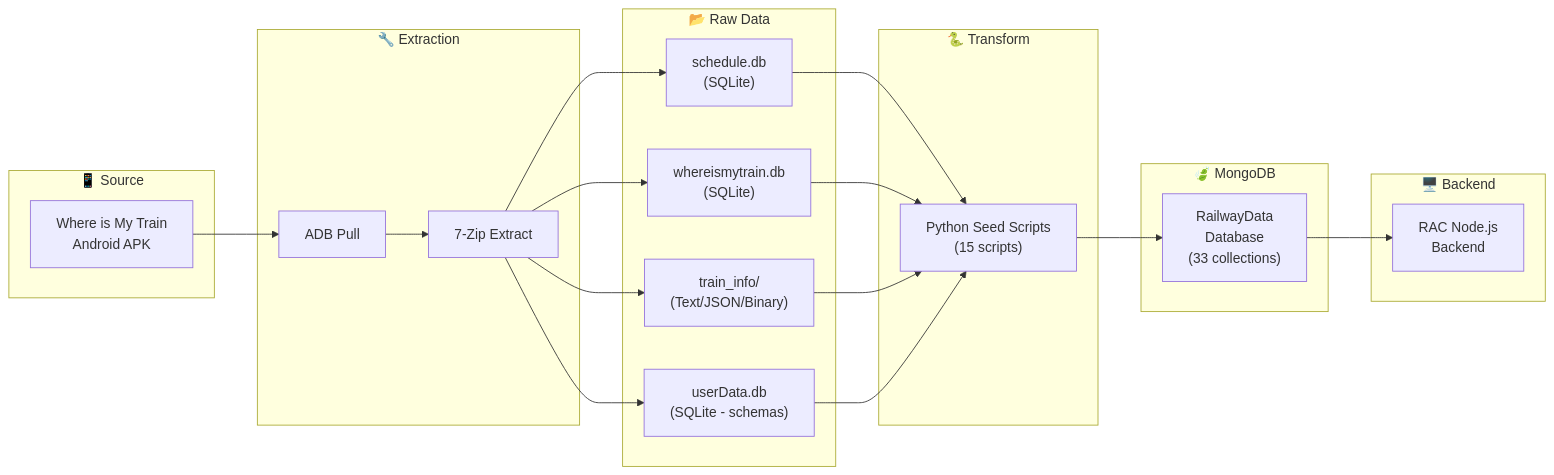
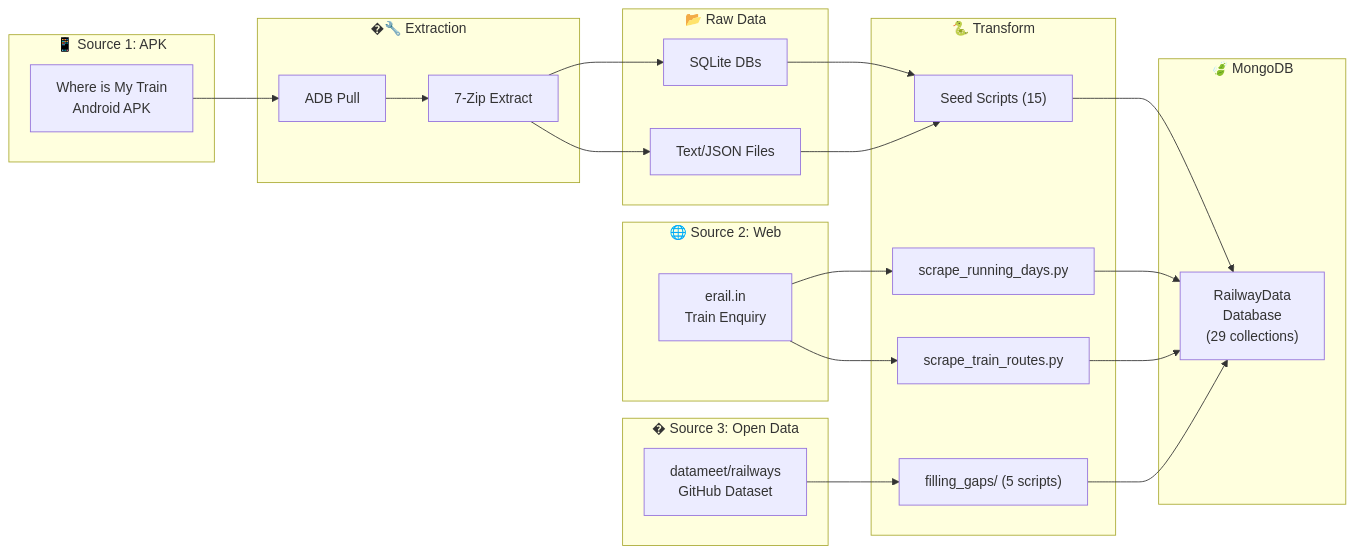
Before and after one commit to Prasanth0544/portals_of_rac: the first of 4 diagrams in data_collection_documentation.md, drawn with Mermaid. The commit also changed other lines of this file and 30 other files, not shown here.

Commit message:
reverse-engineer ladoo binary - decode 10,456 train routes from APK

````diff
--- a/data_collection_documentation.md
+++ b/data_collection_documentation.md
@@ -162,35 +166,45 @@
 ```mermaid
 graph LR
-    subgraph "📱 Source"
+    subgraph "📱 Source 1: APK"
         APK["Where is My Train<br/>Android APK"]
     end
 
-    subgraph "🔧 Extraction"
+    subgraph "🌐 Source 2: Web"
+        ERAIL["erail.in<br/>Train Enquiry"]
+    end
+
+    subgraph "� Source 3: Open Data"
+        DATAMEET["datameet/railways<br/>GitHub Dataset"]
+    end
+
+    subgraph "�🔧 Extraction"
         ADB["ADB Pull"] --> ZIP["7-Zip Extract"]
     end
 
     subgraph "📂 Raw Data"
-        DB1["schedule.db<br/>(SQLite)"]
-        DB2["whereismytrain.db<br/>(SQLite)"]
-        TXT["train_info/<br/>(Text/JSON/Binary)"]
-        DB3["userData.db<br/>(SQLite - schemas)"]
+        DB1["SQLite DBs"]
+        TXT["Text/JSON Files"]
     end
 
     subgraph "🐍 Transform"
-        PY["Python Seed Scripts<br/>(15 scripts)"]
+        SEED["Seed Scripts (15)"]
+        SCRAPE["scrape_running_days.py"]
+        ROUTES["scrape_train_routes.py"]
+        FILL["filling_gaps/ (5 scripts)"]
     end
 
     subgraph "🍃 MongoDB"
-        MONGO["RailwayData<br/>Database<br/>(33 collections)"]
-    end
-
-    subgraph "🖥️ Backend"
-        API["RAC Node.js<br/>Backend"]
+        MONGO["RailwayData<br/>Database<br/>(29 collections)"]
     end
 
     APK --> ADB
-    ZIP --> DB1 & DB2 & TXT & DB3
-    DB1 & DB2 & TXT & DB3 --> PY
-    PY --> MONGO
-    MONGO --> API
+    ZIP --> DB1 & TXT
+    DB1 & TXT --> SEED
+    ERAIL --> SCRAPE
+    ERAIL --> ROUTES
+    DATAMEET --> FILL
+    SEED --> MONGO
+    SCRAPE --> MONGO
+    ROUTES --> MONGO
+    FILL --> MONGO
 ```
````
